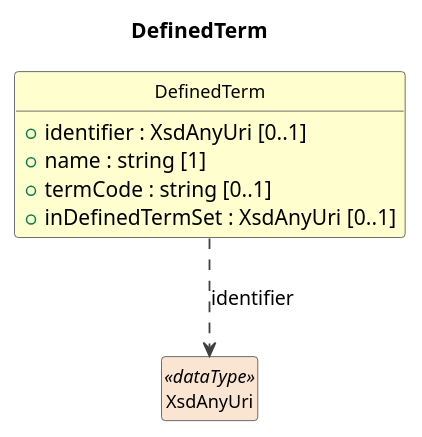
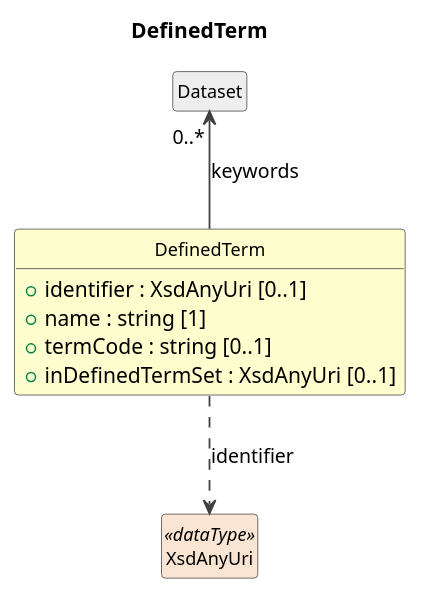
One commit to Cross-Domain-Interoperability-Framework/metadataBuildingBlocks changed the diagram in build/plantuml/cdifDataDescription/Classes/DefinedTerm.pu. Above: the diagram before and after it, drawn with PlantUML. The commit also changed 432 other files, not shown here.

```diff
--- a/build/plantuml/cdifDataDescription/Classes/DefinedTerm.pu
+++ b/build/plantuml/cdifDataDescription/Classes/DefinedTerm.pu
@@ -1,22 +1,24 @@
 @startuml
 title DefinedTerm
 hide circle
 hide empty members
 skinparam shadowing false
 skinparam ArrowThickness 1.2
 skinparam class {
   ArrowColor #404040
   BorderColor #404040
   FontSize 12
 }
 
 class "DefinedTerm" as DefinedTerm #FEFECE {
   +identifier : XsdAnyUri [0..1]
   +name : string [1]
   +termCode : string [0..1]
   +inDefinedTermSet : XsdAnyUri [0..1]
 }
+class "Dataset" as Dataset #EEEEEE
+Dataset "0..*" <-- DefinedTerm : keywords
 class "XsdAnyUri" as XsdAnyUri <<dataType>> #FAE5D3
 DefinedTerm ..> XsdAnyUri : identifier
 
 @enduml
```
